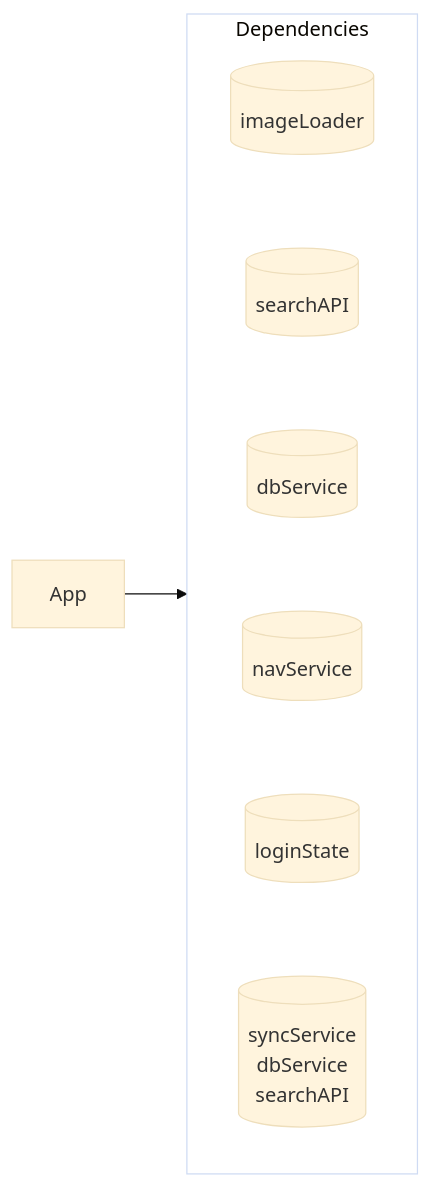
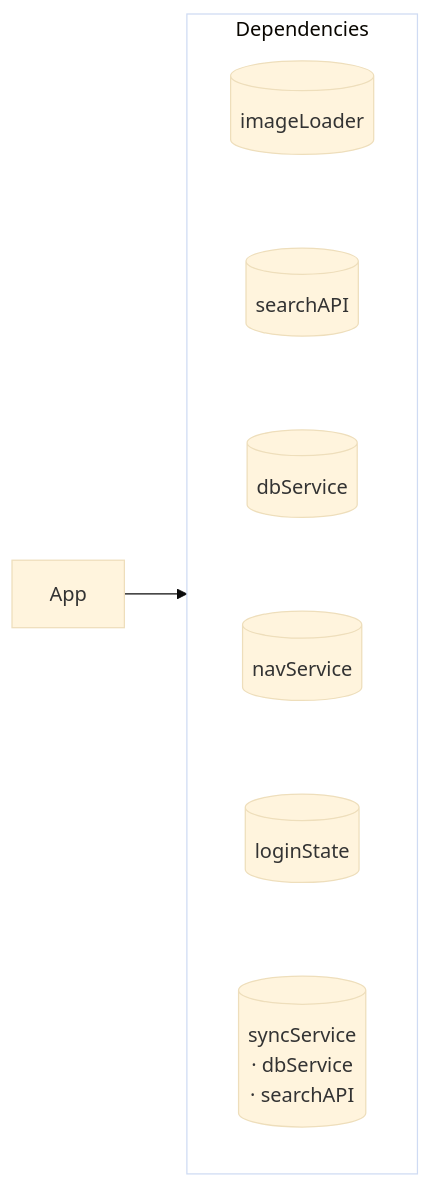
The sixth of 6 diagrams in hypermodular/SKILL.md (sisoje/hypermodular), drawn with Mermaid (base theme) before and after one commit. The commit also changed other lines of this file and 2 other files, not shown here.

````diff
--- a/hypermodular/SKILL.md
+++ b/hypermodular/SKILL.md
@@ -221,19 +224,19 @@
 ```mermaid
 %% Root: App · Dependencies
 flowchart LR
     subgraph Dependencies
         direction TB
         imageLoader[(imageLoader)]
         searchAPI[(searchAPI)]
         dbService[(dbService)]
         navService[(navService)]
         loginState[(loginState)]
-        syncService[("syncService<br/>dbService<br/>searchAPI")]
+        syncService[("syncService<br/>· dbService<br/>· searchAPI")]
         imageLoader ~~~ searchAPI ~~~ dbService ~~~ navService ~~~ loginState ~~~ syncService
     end
 
     App --> Dependencies
 
     classDef deps fill:none
     class Dependencies deps
 ```
````
